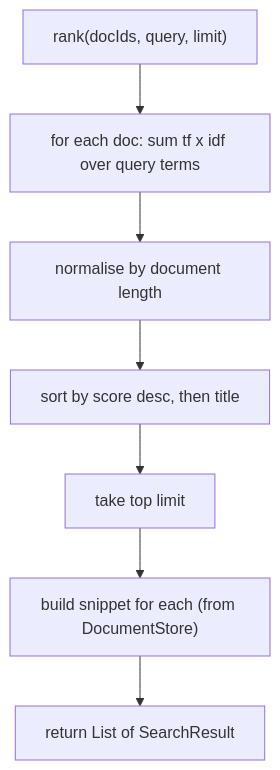
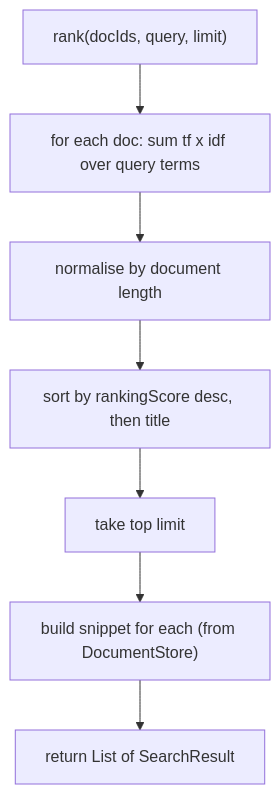
Diagram 17 of 20 in task.md (Princedave101/Search-Engine-Backend-), drawn with Mermaid before and after one commit. The commit also changed other lines of this file and 8 other files, not shown here.

````diff
--- a/task.md
+++ b/task.md
@@ -1388,9 +1388,9 @@
 ```mermaid
 flowchart TD
     A["rank(docIds, query, limit)"] --> B["for each doc: sum tf x idf over query terms"]
     B --> C["normalise by document length"]
-    C --> D["sort by score desc, then title"]
+    C --> D["sort by rankingScore desc, then title"]
     D --> E["take top limit"]
     E --> F["build snippet for each (from DocumentStore)"]
     F --> G["return List of SearchResult"]
 ```
````
